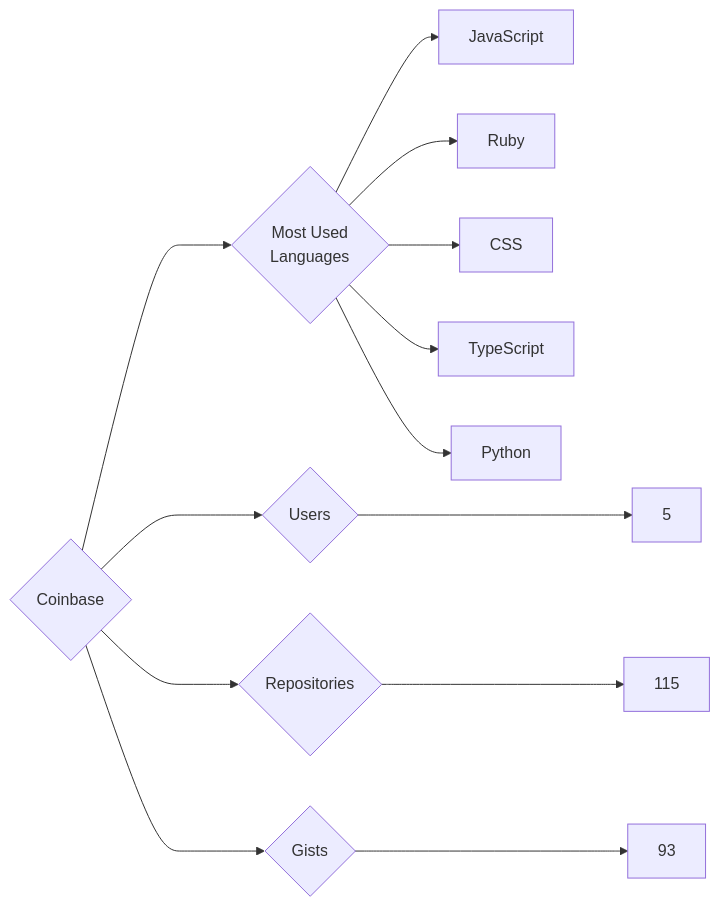
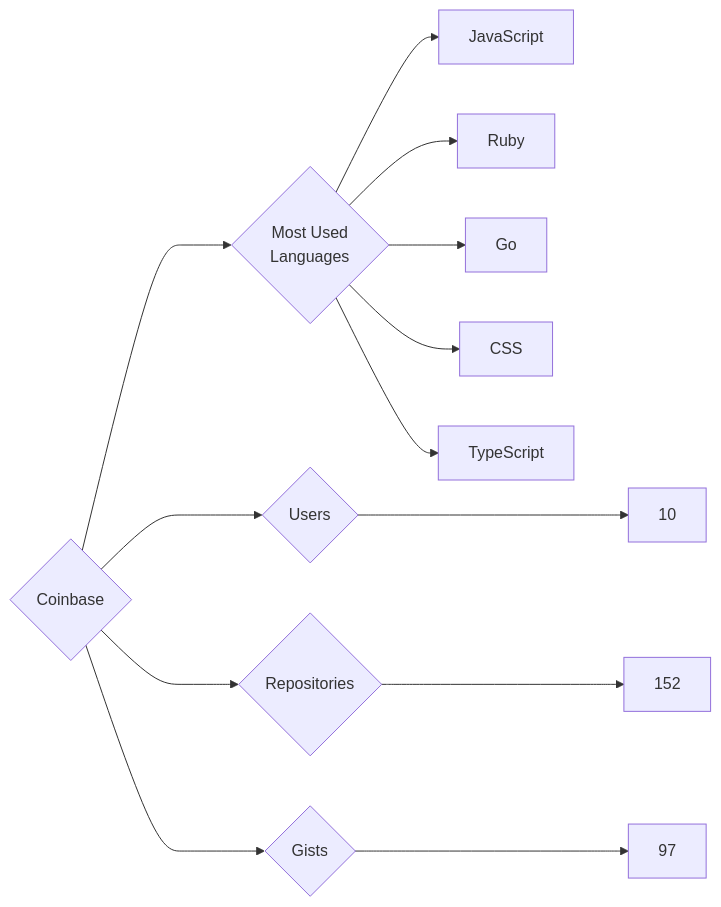
One commit to trickest/insiders changed the diagram in targets/Coinbase/README.md. Above: the diagram before and after it, drawn with Mermaid. The commit also changed 998 other files, not shown here.

````diff
--- a/targets/Coinbase/README.md
+++ b/targets/Coinbase/README.md
@@ -3,13 +3,13 @@
 ```mermaid
 graph LR
 COMPANY_NAME{Coinbase}
-COMPANY_NAME ---> U{Users} ---> UN[5]
-COMPANY_NAME ---> R{Repositories} ---> RN[115]
-COMPANY_NAME ---> G{Gists} ---> GN[93]
+COMPANY_NAME ---> U{Users} ---> UN[10]
+COMPANY_NAME ---> R{Repositories} ---> RN[152]
+COMPANY_NAME ---> G{Gists} ---> GN[97]
 COMPANY_NAME ---> ML{Most Used<br>Languages}
 ML --> JavaScript[JavaScript]
 ML --> Ruby[Ruby]
+ML --> Go[Go]
 ML --> CSS[CSS]
 ML --> TypeScript[TypeScript]
-ML --> Python[Python]
 ```
````
